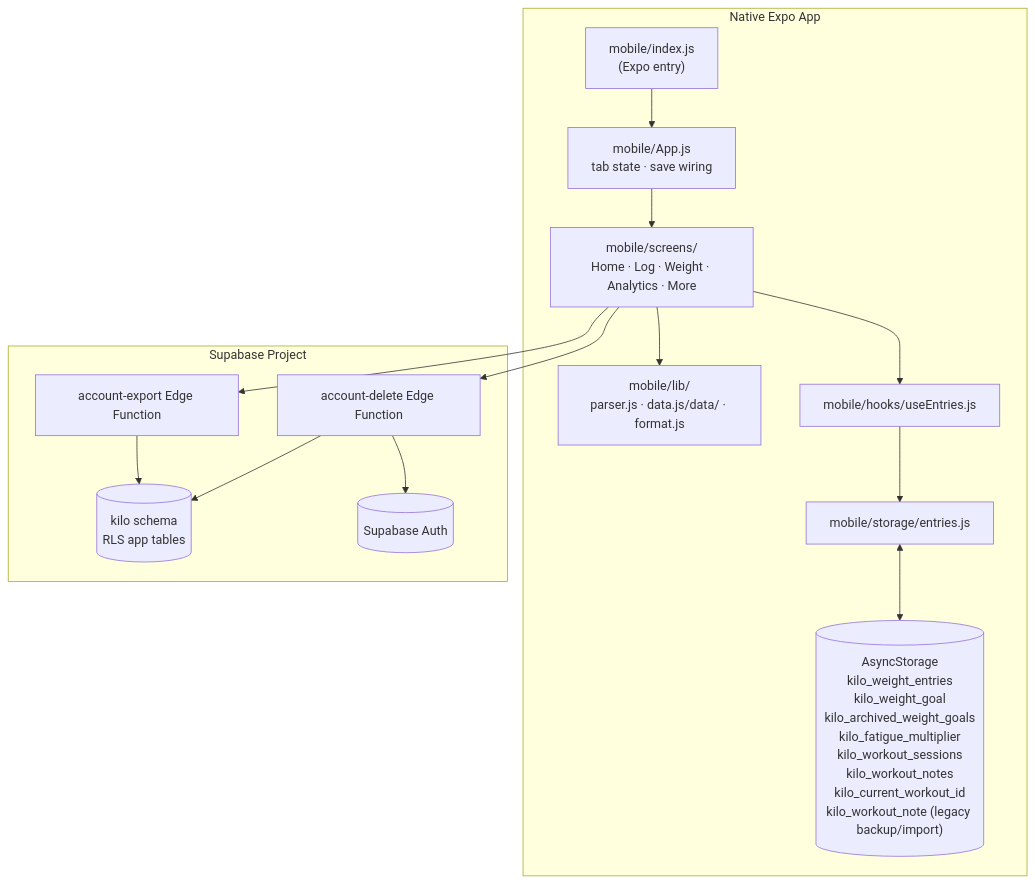
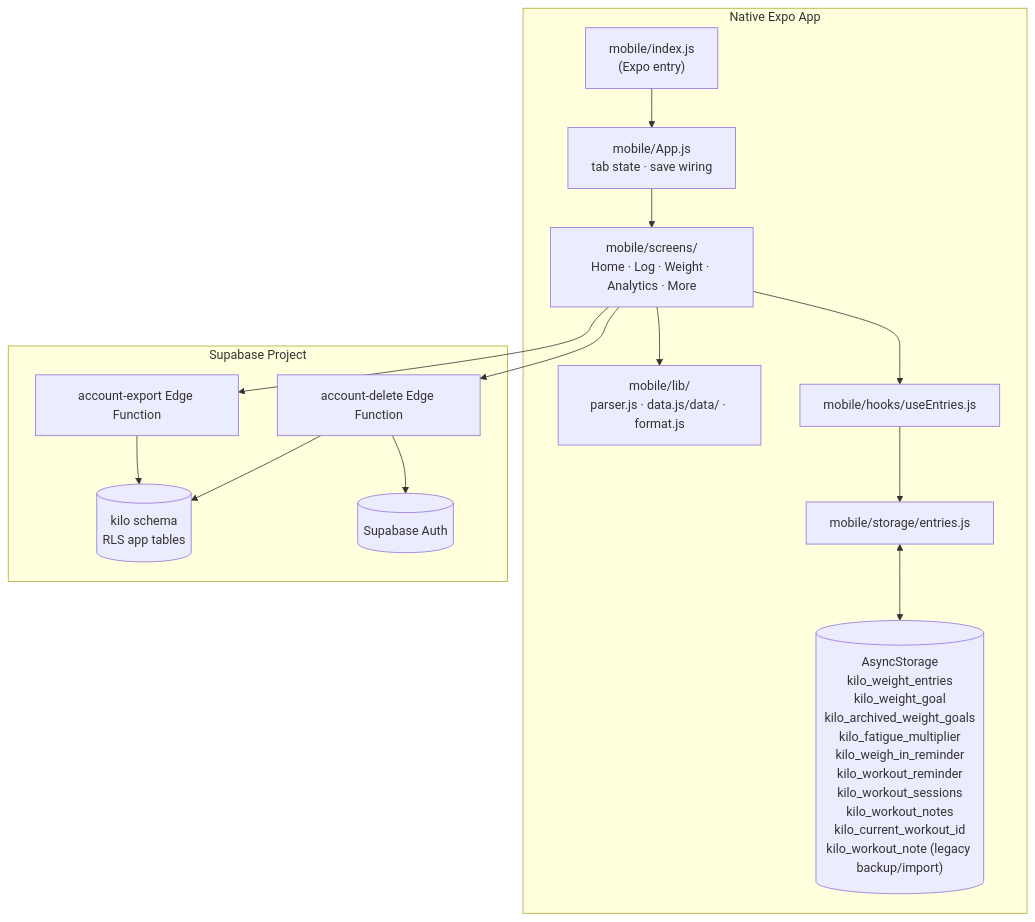
One commit to bpronin90/kilo changed the diagram in docs/architecture.md. Above: the diagram before and after it, drawn with Mermaid. The commit also changed other lines of this file and 9 other files, not shown here.

````diff
--- a/docs/architecture.md
+++ b/docs/architecture.md
@@ -13,30 +13,30 @@
 ```mermaid
 graph TD
     subgraph expo["Native Expo App"]
         ExpoEntry["mobile/index.js\n(Expo entry)"]
         AppJs["mobile/App.js\ntab state · save wiring"]
         NativeScreens["mobile/screens/\nHome · Log · Weight · Analytics · More"]
         NativeLib["mobile/lib/\nparser.js · data.js/data/ · format.js"]
         NativeHooks["mobile/hooks/useEntries.js"]
         NativeStorage["mobile/storage/entries.js"]
-        AS[("AsyncStorage\nkilo_weight_entries\nkilo_weight_goal\nkilo_archived_weight_goals\nkilo_fatigue_multiplier\nkilo_workout_sessions\nkilo_workout_notes\nkilo_current_workout_id\nkilo_workout_note (legacy backup/import)")]
+        AS[("AsyncStorage\nkilo_weight_entries\nkilo_weight_goal\nkilo_archived_weight_goals\nkilo_fatigue_multiplier\nkilo_weigh_in_reminder\nkilo_workout_reminder\nkilo_workout_sessions\nkilo_workout_notes\nkilo_current_workout_id\nkilo_workout_note (legacy backup/import)")]
     end
     subgraph supabase["Supabase Project"]
         EdgeExport["account-export Edge Function"]
         EdgeDelete["account-delete Edge Function"]
         KiloSchema[("kilo schema\nRLS app tables")]
         Auth[("Supabase Auth")]
     end
 
     ExpoEntry --> AppJs
     AppJs --> NativeScreens
     NativeScreens --> NativeLib
     NativeScreens --> NativeHooks
     NativeHooks --> NativeStorage
     NativeStorage <--> AS
     NativeScreens --> EdgeExport
     NativeScreens --> EdgeDelete
     EdgeExport --> KiloSchema
     EdgeDelete --> KiloSchema
     EdgeDelete --> Auth
 ```
````
